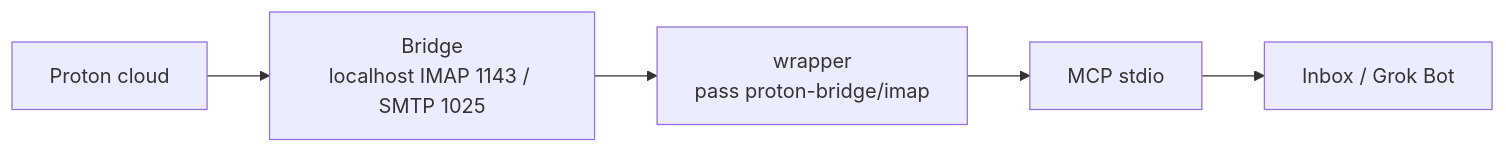
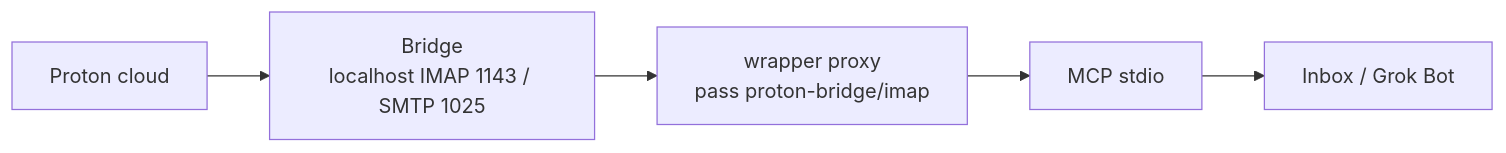
Before and after one commit to elderibeiro/proton-mail-mcp-grokbot: the first of 3 diagrams in README.md, drawn with Mermaid. The commit also changed other lines of this file and 8 other files, not shown here.

````diff
--- a/README.md
+++ b/README.md
@@ -22,7 +25,7 @@
 ```mermaid
 flowchart LR
   Cloud[Proton cloud] --> Bridge["Bridge<br/>localhost IMAP 1143 / SMTP 1025"]
-  Bridge --> Wrapper["wrapper<br/>pass proton-bridge/imap"]
+  Bridge --> Wrapper["wrapper proxy<br/>pass proton-bridge/imap"]
   Wrapper --> MCP[MCP stdio]
   MCP --> Inbox[Inbox / Grok Bot]
 ```
````
